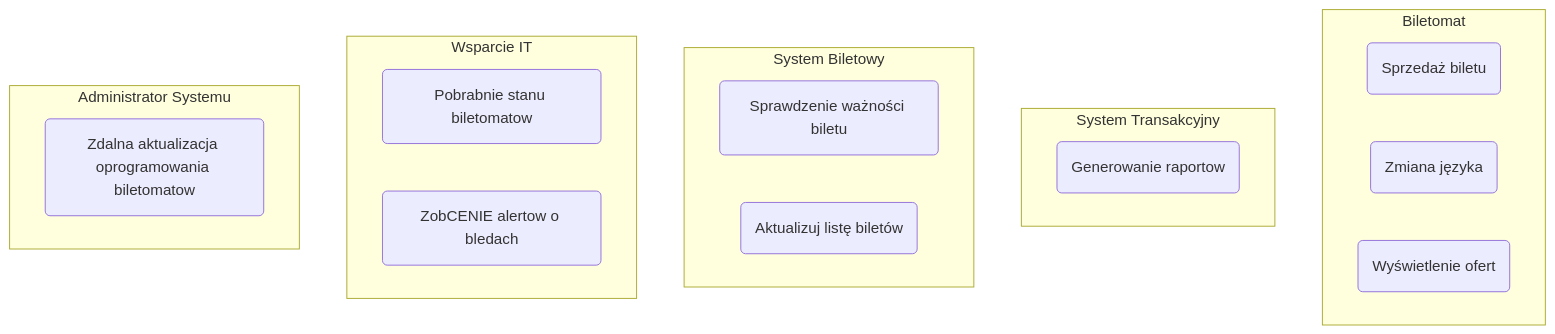
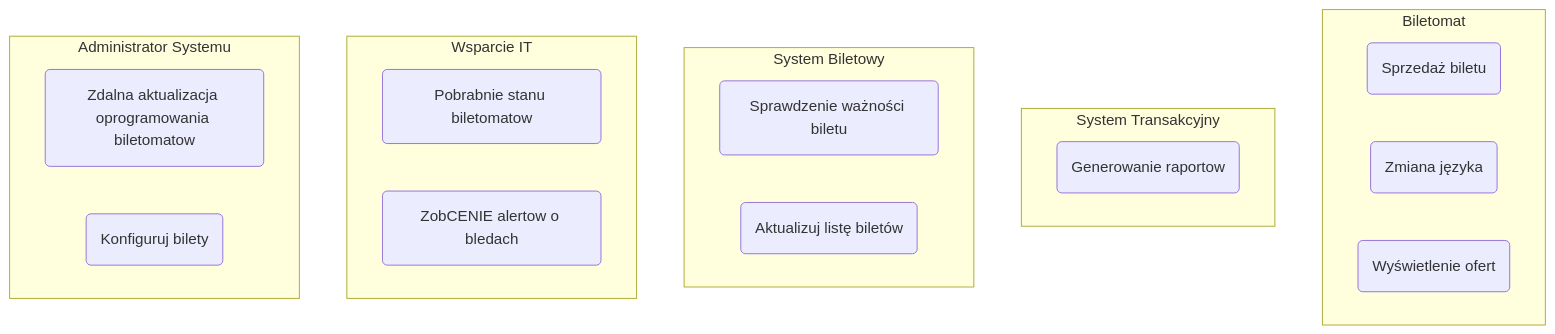
One commit to UserNotFoundXEption/MWO changed the diagram in Use Case/diagram.mmd. Above: the diagram before and after it, drawn with Mermaid. The commit also changed 1 other file, not shown here.

```diff
--- a/Use Case/diagram.mmd
+++ b/Use Case/diagram.mmd
@@ -1,25 +1,26 @@
 flowchart TD
 
 subgraph Biletomat ["Biletomat"]
     B1(Sprzedaż biletu)
     B2(Zmiana języka)
     B3(Wyświetlenie ofert)
 end
 
 subgraph SystemTransakcyjny ["System Transakcyjny"]
     C1(Generowanie raportow)
 end
 
 subgraph SystemBiletowy ["System Biletowy"]
     D1(Sprawdzenie ważności biletu)
     D2(Aktualizuj listę biletów)
 end
 
 subgraph SystemWsparciaTechnicznego ["Wsparcie IT"]
     E1(Pobrabnie stanu biletomatow)
     E2(ZobCENIE alertow o bledach)
 end
 
 subgraph Administrator ["Administrator Systemu"]
     F1(Zdalna aktualizacja oprogramowania biletomatow)
+    F2(Konfiguruj bilety)
 end
```
